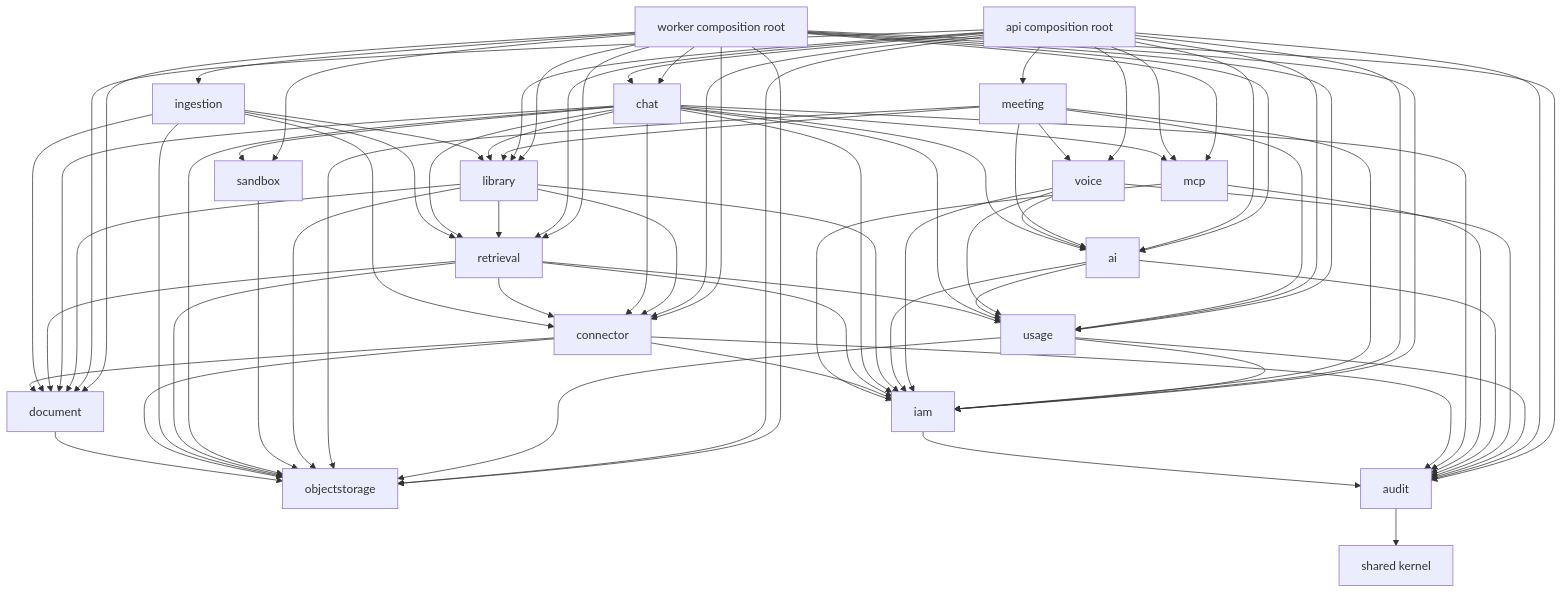
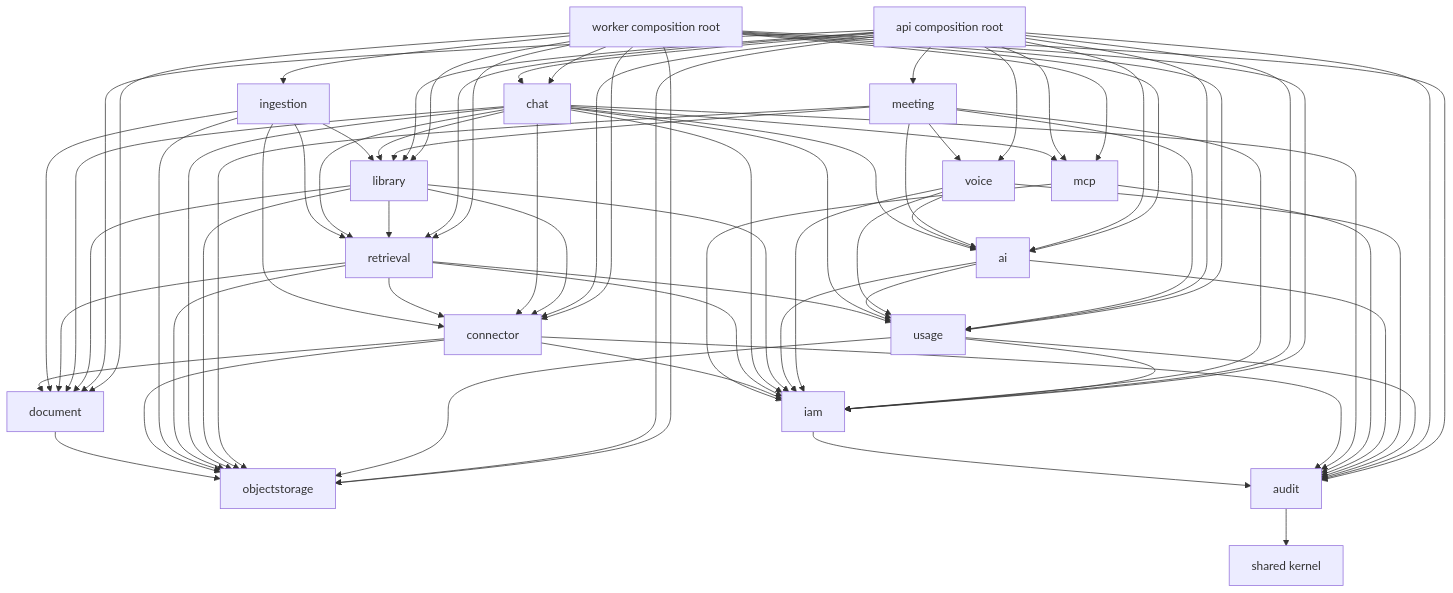
The second of 6 diagrams in ARCHITECTURE.md (kl3inIT/MemoryOS), drawn with Mermaid before and after one commit. The commit also changed other lines of this file and 179 other files, not shown here.

```diff
--- a/ARCHITECTURE.md
+++ b/ARCHITECTURE.md
@@ -66,7 +66,6 @@
     MEET[meeting]
     USAGE[usage]
     AUD[audit]
-    SBX[sandbox]
     SHARED[shared kernel]
 
     MCP --> IAM
@@ -93,8 +92,6 @@
     CHAT --> OBJ
     CHAT --> DOC
     CHAT --> USAGE
-    CHAT --> SBX
-    SBX --> OBJ
     LIB --> IAM
     LIB --> OBJ
     LIB --> CON
@@ -143,7 +140,6 @@
     WORKER --> RET
     WORKER --> LIB
     WORKER --> CHAT
-    WORKER --> SBX
     WORKER --> USAGE
     WORKER --> AI
     WORKER --> MCP
```
